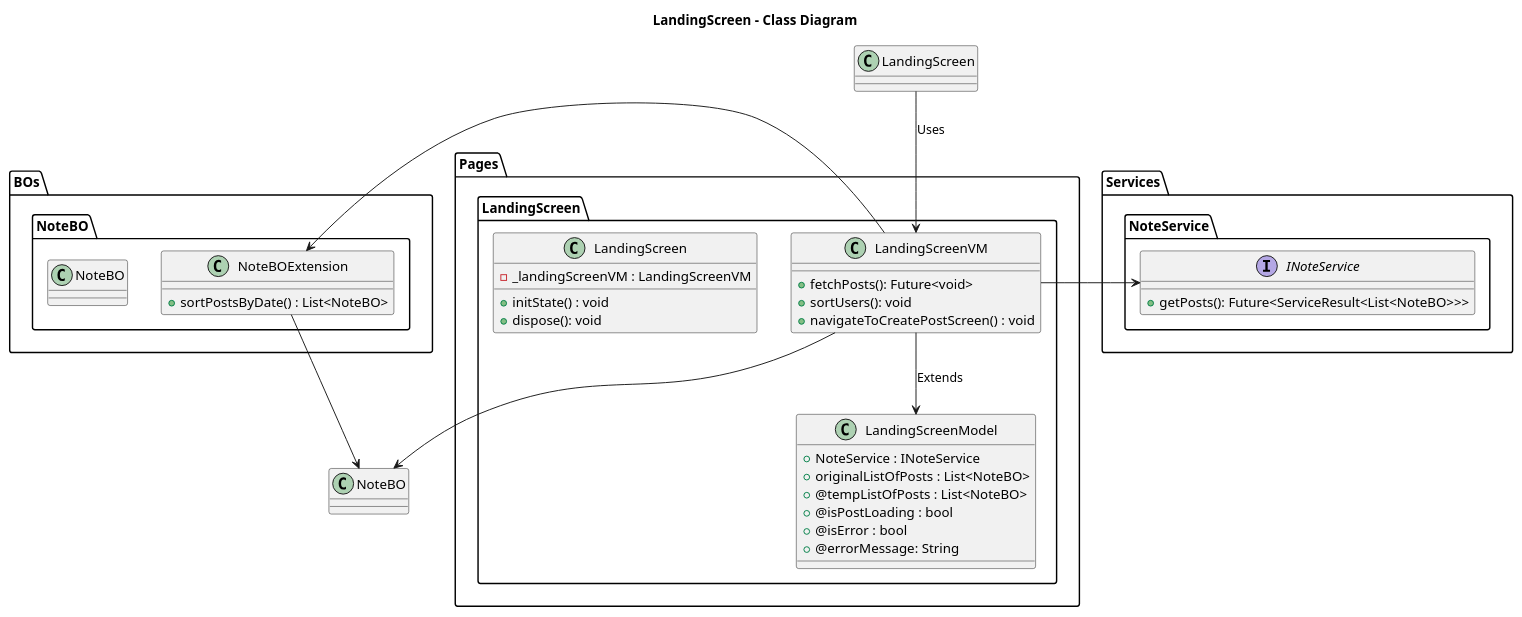
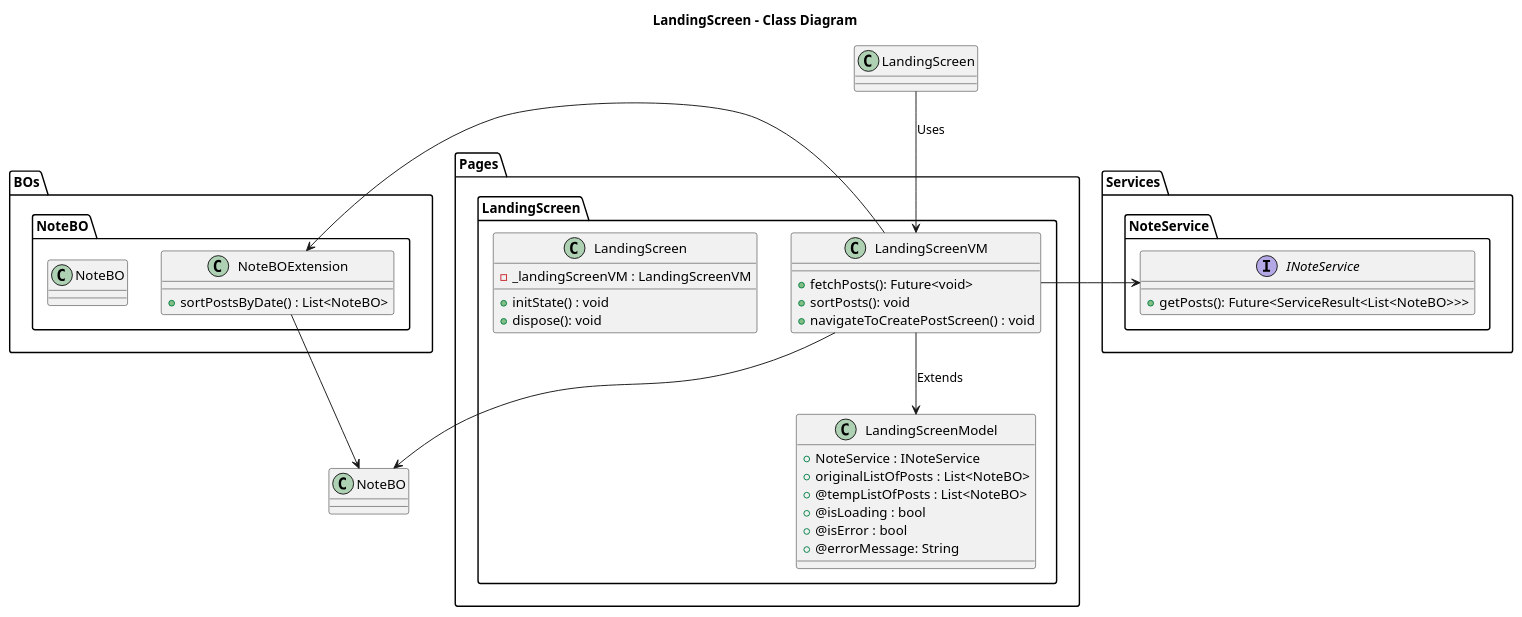
Before and after one commit to ThirumuruganArumugam/social_media: the diagram in lib/Pages/LandingScreen/Design/LandingScreen-Class.puml, drawn with PlantUML. The commit also changed 6 other files, not shown here.

Commit message:
sequence diagram for BO and Service

```diff
--- a/lib/Pages/LandingScreen/Design/LandingScreen-Class.puml
+++ b/lib/Pages/LandingScreen/Design/LandingScreen-Class.puml
@@ -1,52 +1,52 @@
 @startuml LandingScreen - Class
 
 title **LandingScreen - Class Diagram**
 
 package Pages{
     package LandingScreen{
         class LandingScreenModel{
             + NoteService : INoteService
             + originalListOfPosts : List<NoteBO>
             + @tempListOfPosts : List<NoteBO>
-            + @isPostLoading : bool
+            + @isLoading : bool
             + @isError : bool
             + @errorMessage: String
         }
         class LandingScreenVM{
             + fetchPosts(): Future<void>
-            + sortUsers(): void
+            + sortPosts(): void
             + navigateToCreatePostScreen() : void
         }
         class LandingScreen{
             - _landingScreenVM : LandingScreenVM
             + initState() : void
             + dispose(): void
         }
     }
 }
 
 package BOs{
     package NoteBO{
         class NoteBO{
         }
         class NoteBOExtension{
             + sortPostsByDate() : List<NoteBO>
         }
     }
 }
 
 package Services{
     package NoteService{
         interface INoteService{
             + getPosts(): Future<ServiceResult<List<NoteBO>>>
         }
     }
 }
 
 LandingScreenVM --> LandingScreenModel : Extends
 LandingScreen --> LandingScreenVM: Uses
 LandingScreenVM --> NoteBO
 NoteBOExtension --> NoteBO
 LandingScreenVM -> NoteBOExtension
 LandingScreenVM -> INoteService
 @enduml
```
